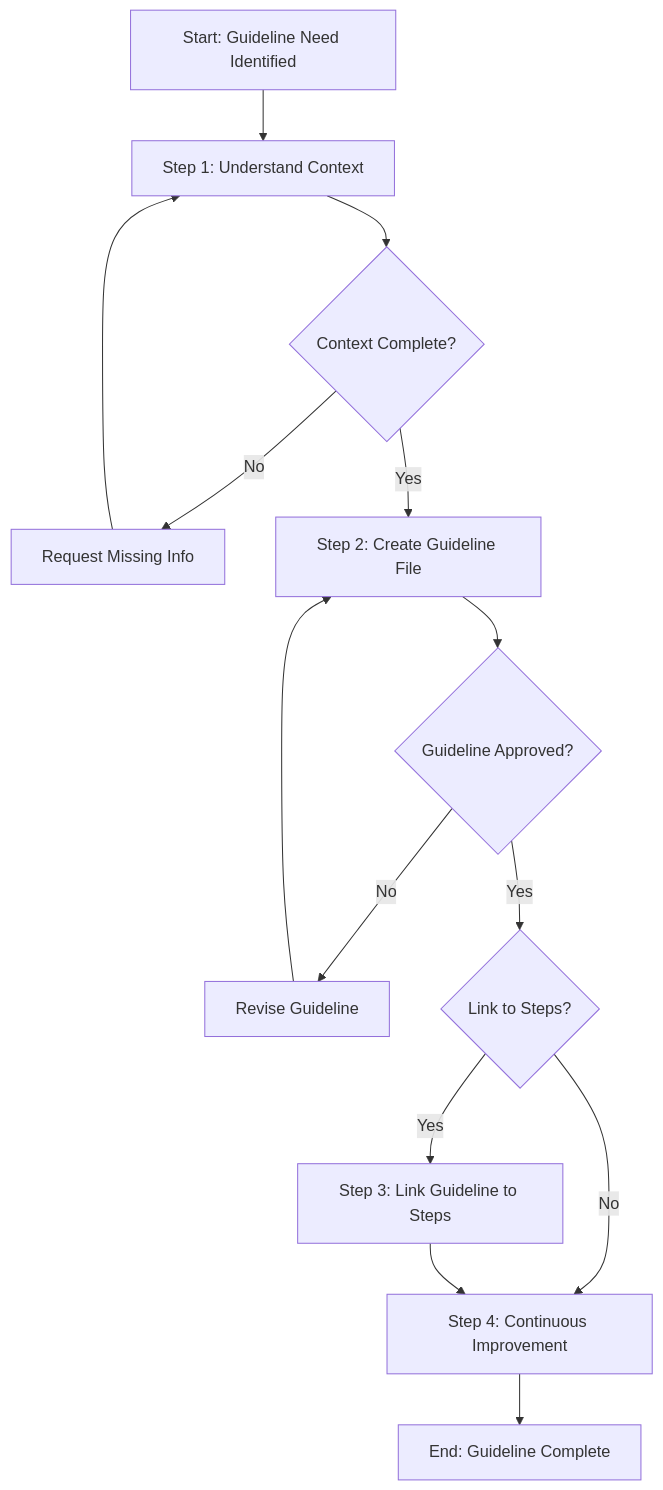
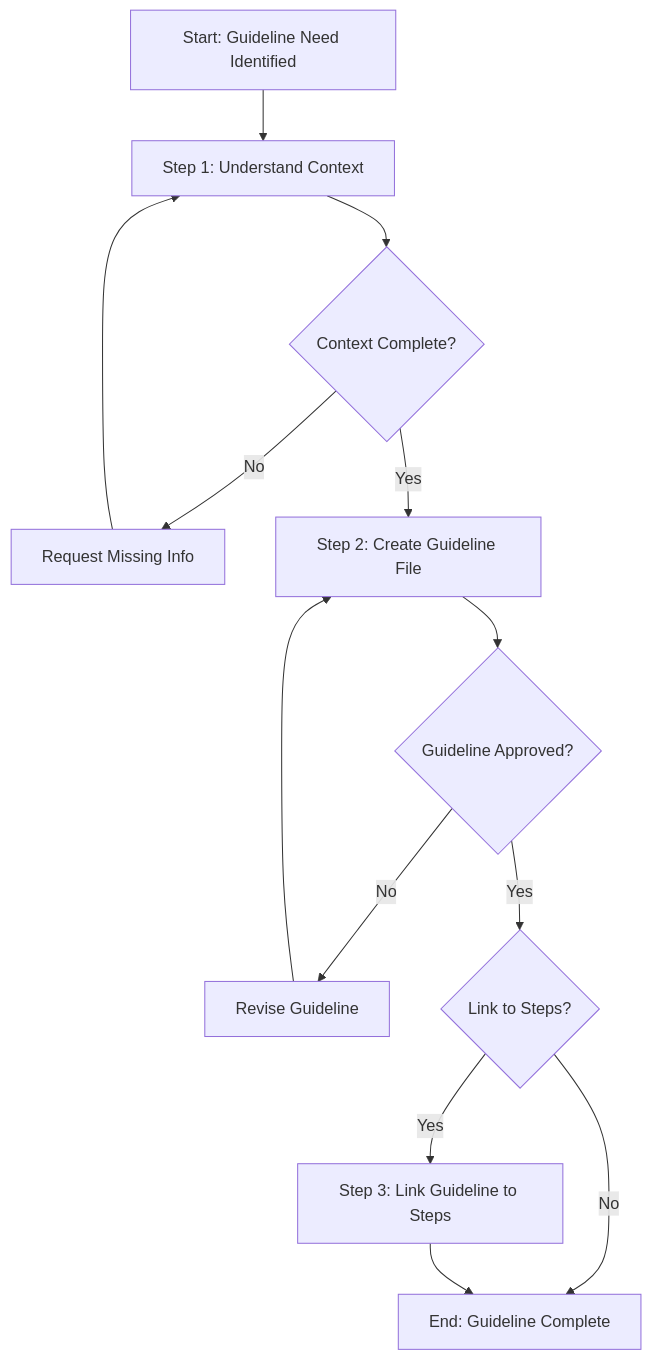
Before and after one commit to HMTools/agentic-processes-templates: the diagram in templates/processes/infrastructure/create-guideline/create-guideline.md, drawn with Mermaid. The commit also changed other lines of this file and 29 other files, not shown here.

First line of the commit message:
feat: Make continuous improvement and process validation framework-managed

````diff
--- a/templates/processes/infrastructure/create-guideline/create-guideline.md
+++ b/templates/processes/infrastructure/create-guideline/create-guideline.md
@@ -31,16 +31,15 @@
 ```mermaid
 flowchart TD
     A[Start: Guideline Need Identified] --> B[Step 1: Understand Context]
     B --> C{Context Complete?}
     C -->|No| D[Request Missing Info]
     D --> B
     C -->|Yes| E[Step 2: Create Guideline File]
     E --> F{Guideline Approved?}
     F -->|No| G[Revise Guideline]
     G --> E
     F -->|Yes| H{Link to Steps?}
     H -->|Yes| I[Step 3: Link Guideline to Steps]
-    H -->|No| J[Step 4: Continuous Improvement]
+    H -->|No| J[End: Guideline Complete]
     I --> J
-    J --> K[End: Guideline Complete]
 ```
````
